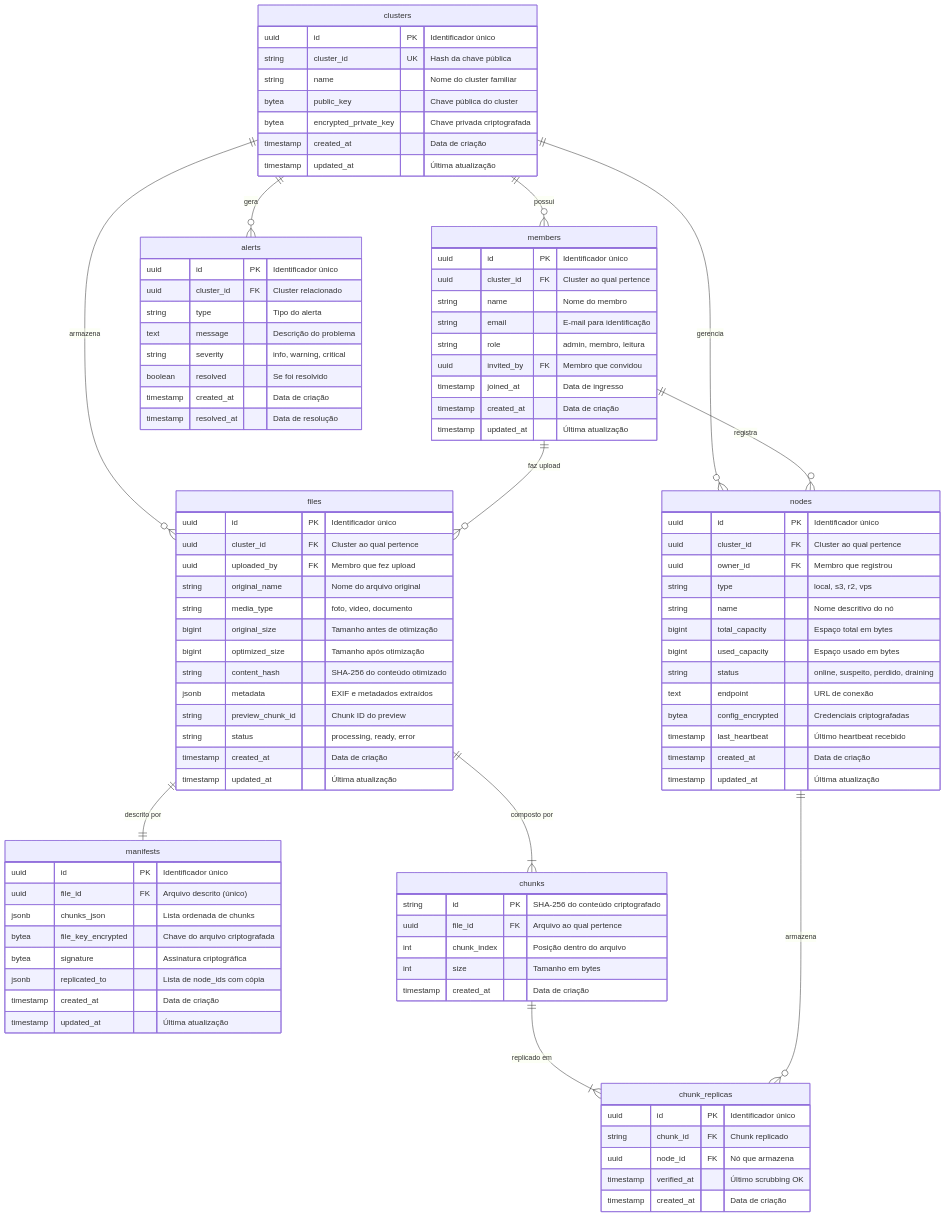
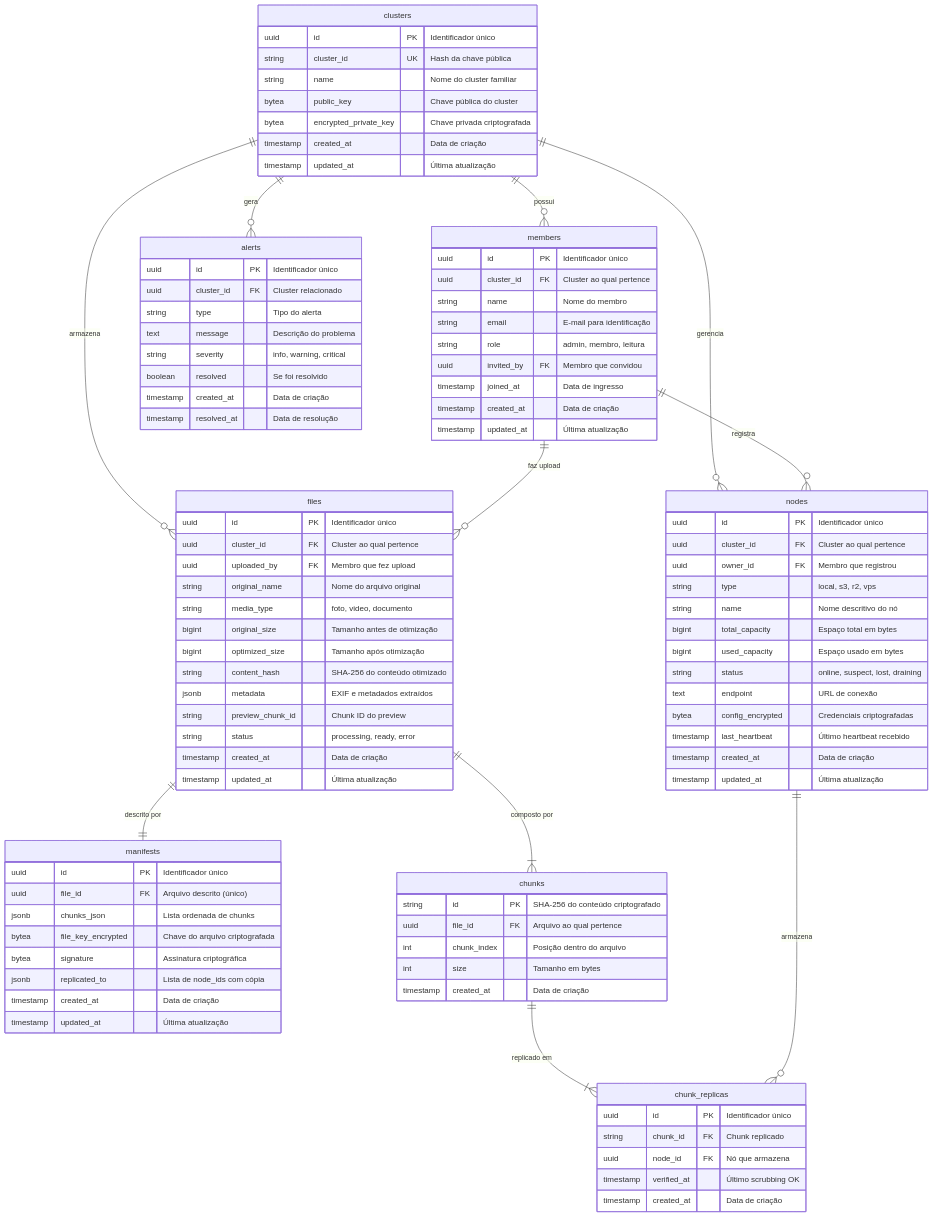
One commit to DouglasPrado/alexandria changed the diagram in docs/diagrams/domain/er-diagram.mmd. Above: the diagram before and after it, drawn with Mermaid. The commit also changed 14 other files, not shown here.

```diff
--- a/docs/diagrams/domain/er-diagram.mmd
+++ b/docs/diagrams/domain/er-diagram.mmd
@@ -1,109 +1,109 @@
 %% ============================================================
 %% Modelo de Dados (ER) — Alexandria
 %% Referência: docs/blueprint/05-data_model.md
 %% ============================================================
 
 erDiagram
     clusters {
         uuid id PK "Identificador único"
         string cluster_id UK "Hash da chave pública"
         string name "Nome do cluster familiar"
         bytea public_key "Chave pública do cluster"
         bytea encrypted_private_key "Chave privada criptografada"
         timestamp created_at "Data de criação"
         timestamp updated_at "Última atualização"
     }
 
     members {
         uuid id PK "Identificador único"
         uuid cluster_id FK "Cluster ao qual pertence"
         string name "Nome do membro"
         string email "E-mail para identificação"
         string role "admin, membro, leitura"
         uuid invited_by FK "Membro que convidou"
         timestamp joined_at "Data de ingresso"
         timestamp created_at "Data de criação"
         timestamp updated_at "Última atualização"
     }
 
     nodes {
         uuid id PK "Identificador único"
         uuid cluster_id FK "Cluster ao qual pertence"
         uuid owner_id FK "Membro que registrou"
         string type "local, s3, r2, vps"
         string name "Nome descritivo do nó"
         bigint total_capacity "Espaço total em bytes"
         bigint used_capacity "Espaço usado em bytes"
-        string status "online, suspeito, perdido, draining"
+        string status "online, suspect, lost, draining"
         text endpoint "URL de conexão"
         bytea config_encrypted "Credenciais criptografadas"
         timestamp last_heartbeat "Último heartbeat recebido"
         timestamp created_at "Data de criação"
         timestamp updated_at "Última atualização"
     }
 
     files {
         uuid id PK "Identificador único"
         uuid cluster_id FK "Cluster ao qual pertence"
         uuid uploaded_by FK "Membro que fez upload"
         string original_name "Nome do arquivo original"
         string media_type "foto, video, documento"
         bigint original_size "Tamanho antes de otimização"
         bigint optimized_size "Tamanho após otimização"
         string content_hash "SHA-256 do conteúdo otimizado"
         jsonb metadata "EXIF e metadados extraídos"
         string preview_chunk_id "Chunk ID do preview"
         string status "processing, ready, error"
         timestamp created_at "Data de criação"
         timestamp updated_at "Última atualização"
     }
 
     manifests {
         uuid id PK "Identificador único"
         uuid file_id FK "Arquivo descrito (único)"
         jsonb chunks_json "Lista ordenada de chunks"
         bytea file_key_encrypted "Chave do arquivo criptografada"
         bytea signature "Assinatura criptográfica"
         jsonb replicated_to "Lista de node_ids com cópia"
         timestamp created_at "Data de criação"
         timestamp updated_at "Última atualização"
     }
 
     chunks {
         string id PK "SHA-256 do conteúdo criptografado"
         uuid file_id FK "Arquivo ao qual pertence"
         int chunk_index "Posição dentro do arquivo"
         int size "Tamanho em bytes"
         timestamp created_at "Data de criação"
     }
 
     chunk_replicas {
         uuid id PK "Identificador único"
         string chunk_id FK "Chunk replicado"
         uuid node_id FK "Nó que armazena"
         timestamp verified_at "Último scrubbing OK"
         timestamp created_at "Data de criação"
     }
 
     alerts {
         uuid id PK "Identificador único"
         uuid cluster_id FK "Cluster relacionado"
         string type "Tipo do alerta"
         text message "Descrição do problema"
         string severity "info, warning, critical"
         boolean resolved "Se foi resolvido"
         timestamp created_at "Data de criação"
         timestamp resolved_at "Data de resolução"
     }
 
     %% --- Relacionamentos ---
     clusters ||--o{ members : "possui"
     clusters ||--o{ nodes : "gerencia"
     clusters ||--o{ files : "armazena"
     clusters ||--o{ alerts : "gera"
     members ||--o{ nodes : "registra"
     members ||--o{ files : "faz upload"
     files ||--|| manifests : "descrito por"
     files ||--|{ chunks : "composto por"
     chunks ||--|{ chunk_replicas : "replicado em"
     nodes ||--o{ chunk_replicas : "armazena"
```
